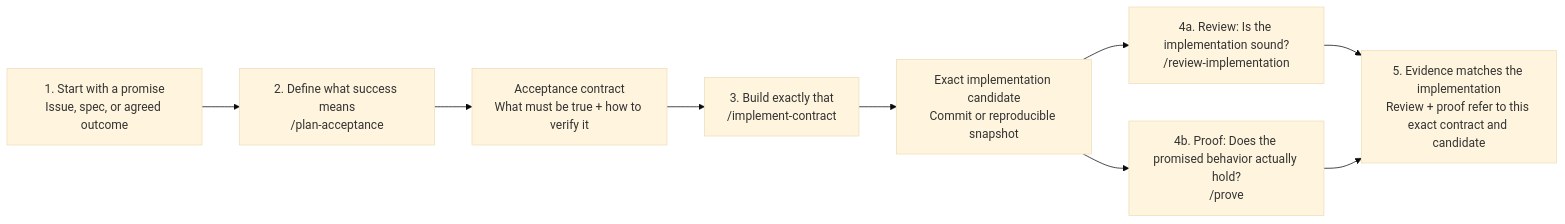
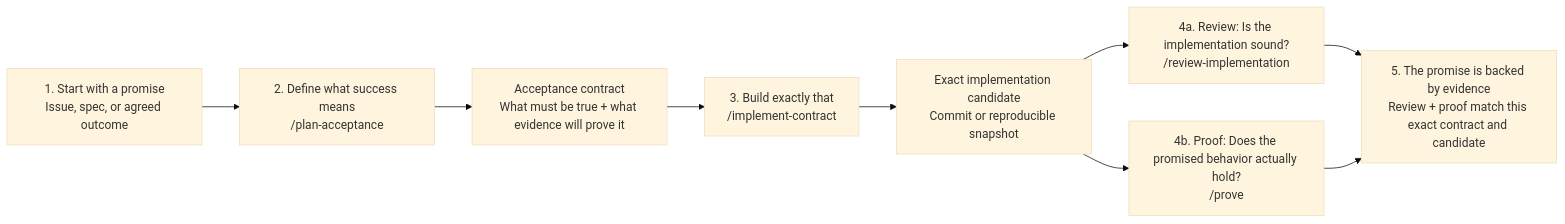
Before and after one commit to grove/promise-to-proof: the first of 2 diagrams in README.md, drawn with Mermaid (base theme). The commit also changed other lines of this file, not shown here.

````diff
--- a/README.md
+++ b/README.md
@@ -22,15 +18,15 @@
 ```mermaid
 flowchart LR
   promise["1. Start with a promise<br/>Issue, spec, or agreed outcome"]
   plan["2. Define what success means<br/>/plan-acceptance"]
-  contract["Acceptance contract<br/>What must be true + how to verify it"]
+  contract["Acceptance contract<br/>What must be true + what evidence will prove it"]
   implement["3. Build exactly that<br/>/implement-contract"]
   candidate["Exact implementation candidate<br/>Commit or reproducible snapshot"]
   review["4a. Review: Is the implementation sound?<br/>/review-implementation"]
   prove["4b. Proof: Does the promised behavior actually hold?<br/>/prove"]
-  done["5. Evidence matches the implementation<br/>Review + proof refer to this exact contract and candidate"]
+  done["5. The promise is backed by evidence<br/>Review + proof match this exact contract and candidate"]
 
   promise --> plan --> contract --> implement --> candidate
   candidate --> review --> done
   candidate --> prove --> done
 ```
````
